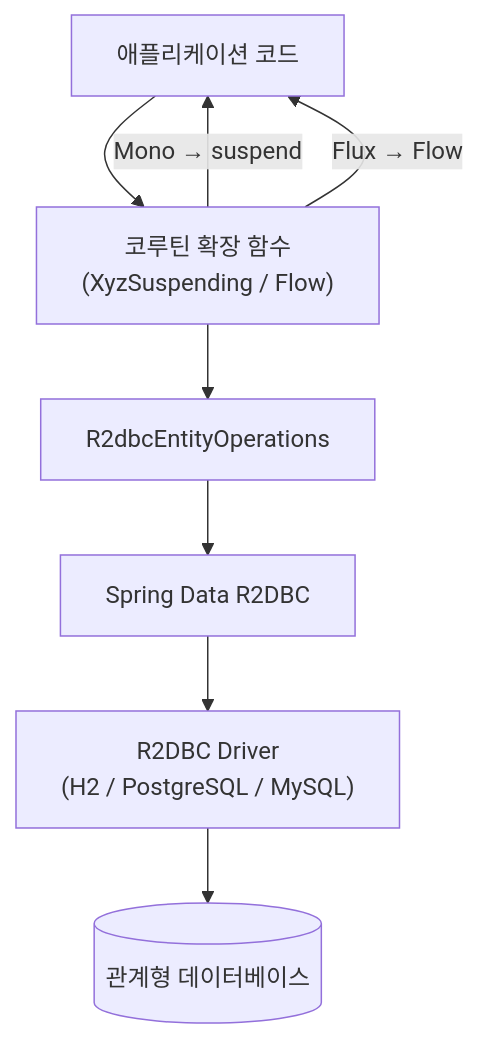
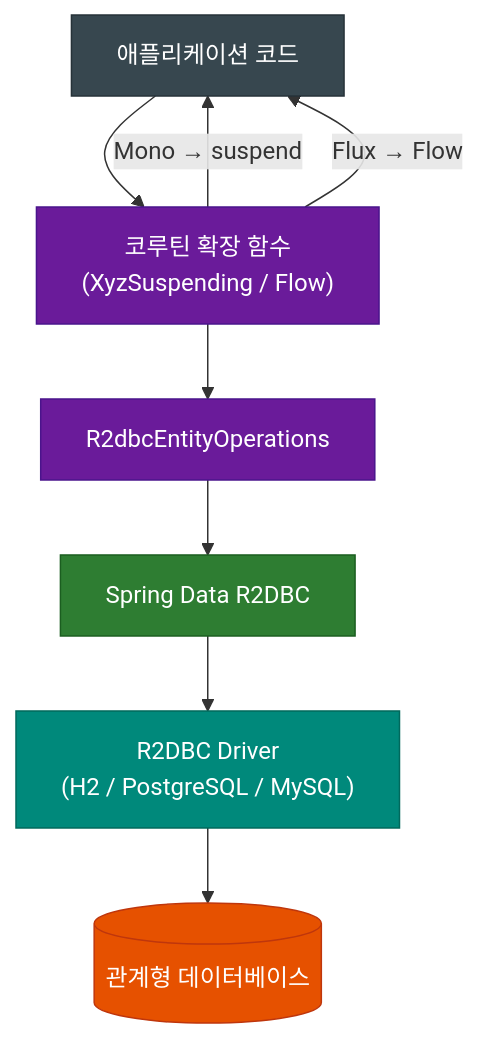
The second of 4 diagrams in spring-boot4/r2dbc/README.ko.md (bluetape4k/bluetape4k-projects), drawn with Mermaid before and after one commit. The commit also changed other lines of this file and 221 other files, not shown here.

First line of the commit message:
docs: 전체 모듈 README UML 다이어그램 보강 및 색상 업그레이드

````diff
--- a/spring-boot4/r2dbc/README.ko.md
+++ b/spring-boot4/r2dbc/README.ko.md
@@ -161,10 +166,22 @@
 ```mermaid
 flowchart TD
     App["애플리케이션 코드"] --> Ext["코루틴 확장 함수<br/>(XyzSuspending / Flow)"]
     Ext --> ROps["R2dbcEntityOperations"]
     ROps --> R2DBC["Spring Data R2DBC"]
     R2DBC --> Driver["R2DBC Driver<br/>(H2 / PostgreSQL / MySQL)"]
     Driver --> DB[("관계형 데이터베이스")]
     Ext -- "Mono → suspend" --> App
     Ext -- "Flux → Flow" --> App
+
+    classDef appStyle fill:#37474F,stroke:#263238,color:#FFFFFF
+    classDef extStyle fill:#6A1B9A,stroke:#4A148C,color:#FFFFFF
+    classDef springStyle fill:#2E7D32,stroke:#1B5E20,color:#FFFFFF
+    classDef driverStyle fill:#00897B,stroke:#00695C,color:#FFFFFF
+    classDef dbStyle fill:#E65100,stroke:#BF360C,color:#FFFFFF
+
+    class App appStyle
+    class Ext,ROps extStyle
+    class R2DBC springStyle
+    class Driver driverStyle
+    class DB dbStyle
 ```
````
